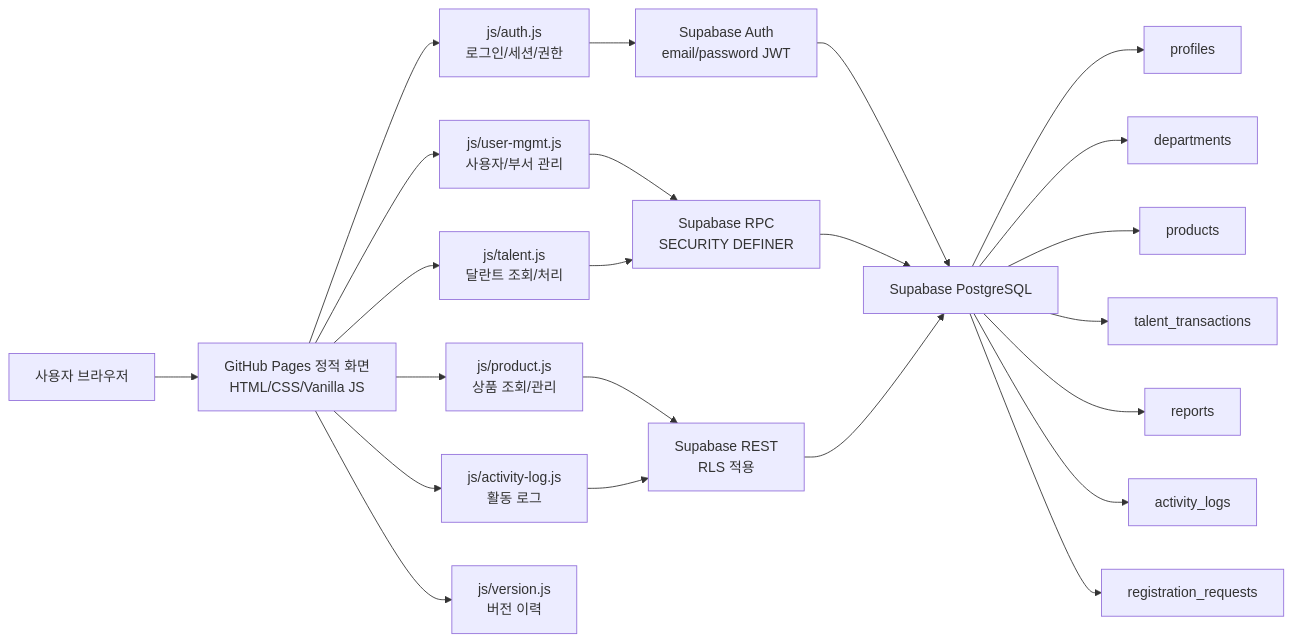
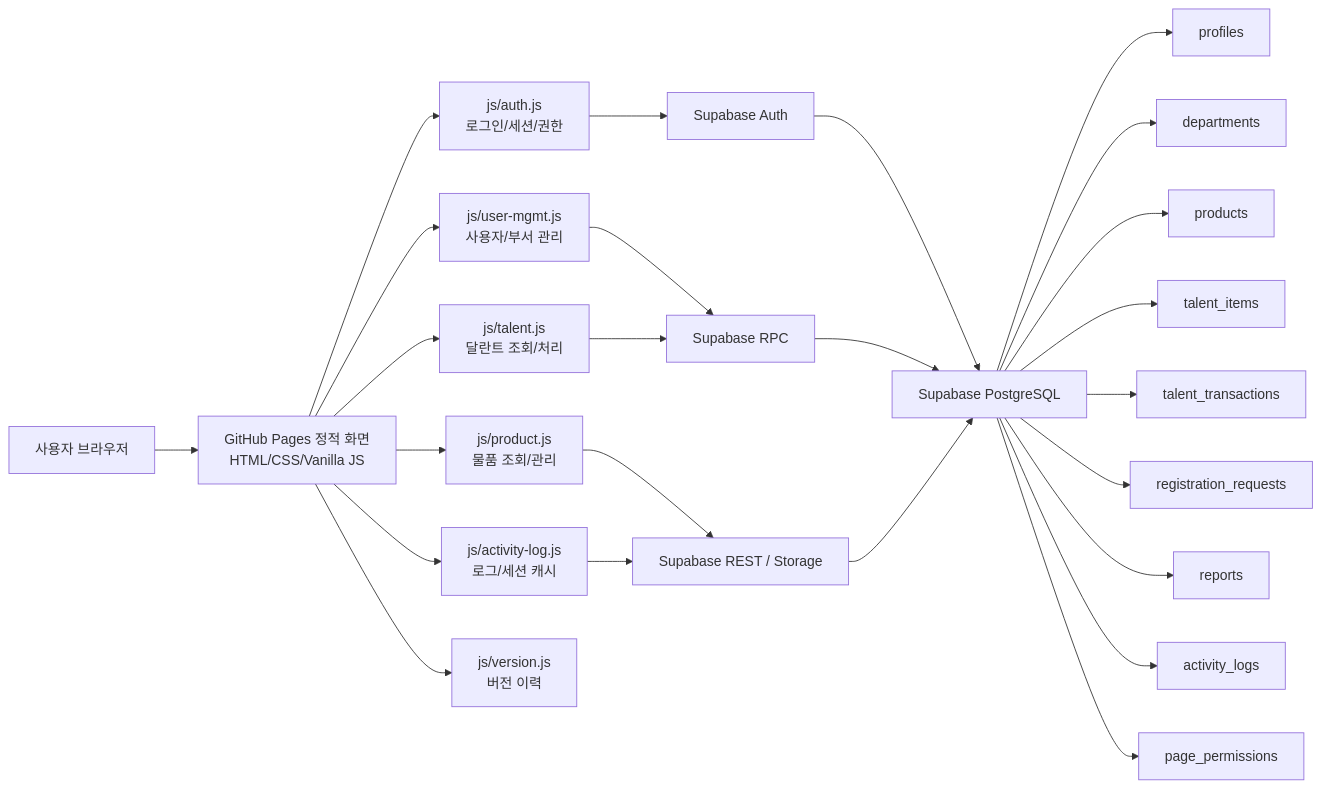
The first of 8 diagrams in docs/PROJECT_ARCHITECTURE_FLOW.md (CHO-Talents/CHO-Talents), drawn with Mermaid before and after one commit. The commit also changed other lines of this file and 2 other files, not shown here.

````diff
--- a/docs/PROJECT_ARCHITECTURE_FLOW.md
+++ b/docs/PROJECT_ARCHITECTURE_FLOW.md
@@ -24,29 +22,31 @@
 ```mermaid
 flowchart LR
   User["사용자 브라우저"] --> Pages["GitHub Pages 정적 화면<br/>HTML/CSS/Vanilla JS"]
 
   Pages --> AuthJS["js/auth.js<br/>로그인/세션/권한"]
+  Pages --> LogJS["js/activity-log.js<br/>로그/세션 캐시"]
   Pages --> UserMgmt["js/user-mgmt.js<br/>사용자/부서 관리"]
   Pages --> TalentJS["js/talent.js<br/>달란트 조회/처리"]
-  Pages --> ProductJS["js/product.js<br/>상품 조회/관리"]
-  Pages --> LogJS["js/activity-log.js<br/>활동 로그"]
+  Pages --> ProductJS["js/product.js<br/>물품 조회/관리"]
   Pages --> VersionJS["js/version.js<br/>버전 이력"]
 
-  AuthJS --> SupabaseAuth["Supabase Auth<br/>email/password JWT"]
-  UserMgmt --> RPC["Supabase RPC<br/>SECURITY DEFINER"]
+  AuthJS --> Auth["Supabase Auth"]
+  UserMgmt --> RPC["Supabase RPC"]
   TalentJS --> RPC
-  ProductJS --> Rest["Supabase REST<br/>RLS 적용"]
+  ProductJS --> Rest["Supabase REST / Storage"]
   LogJS --> Rest
 
-  SupabaseAuth --> DB["Supabase PostgreSQL"]
+  Auth --> DB["Supabase PostgreSQL"]
   RPC --> DB
   Rest --> DB
 
   DB --> Profiles["profiles"]
   DB --> Departments["departments"]
   DB --> Products["products"]
+  DB --> Items["talent_items"]
   DB --> Transactions["talent_transactions"]
+  DB --> Requests["registration_requests"]
   DB --> Reports["reports"]
   DB --> Logs["activity_logs"]
-  DB --> Requests["registration_requests"]
+  DB --> PagePerms["page_permissions"]
 ```
````
